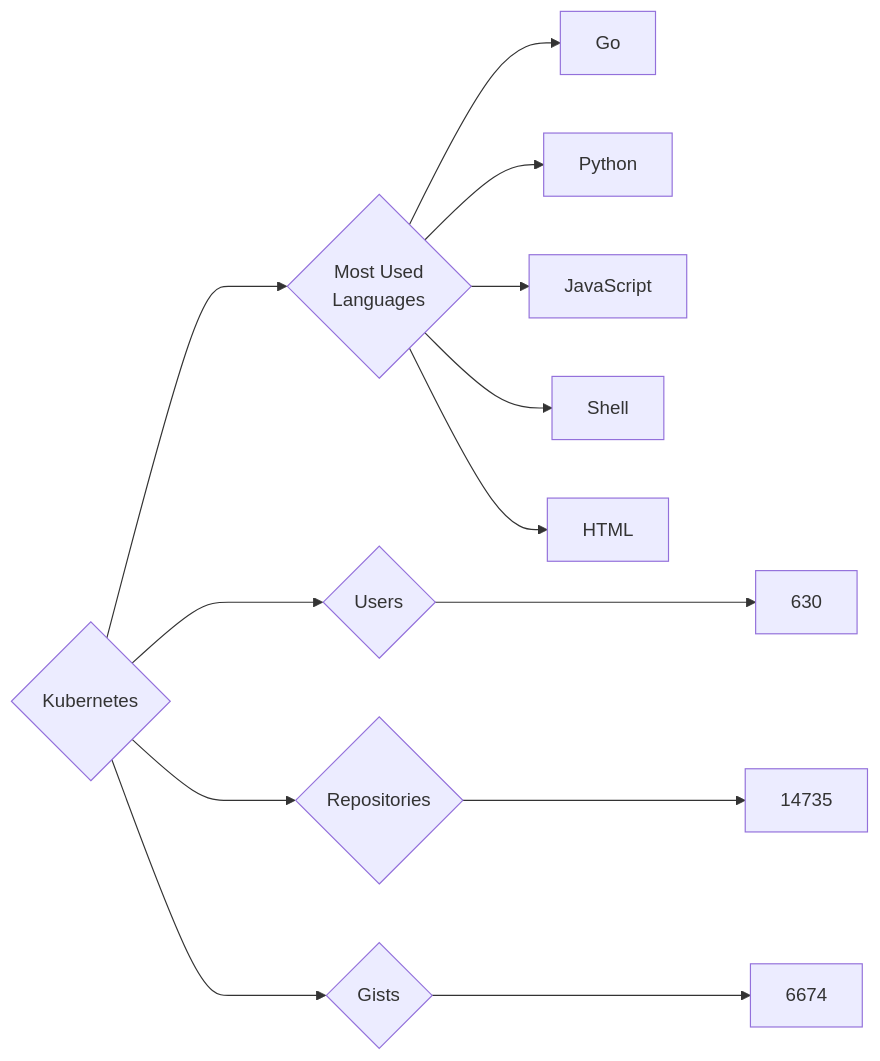
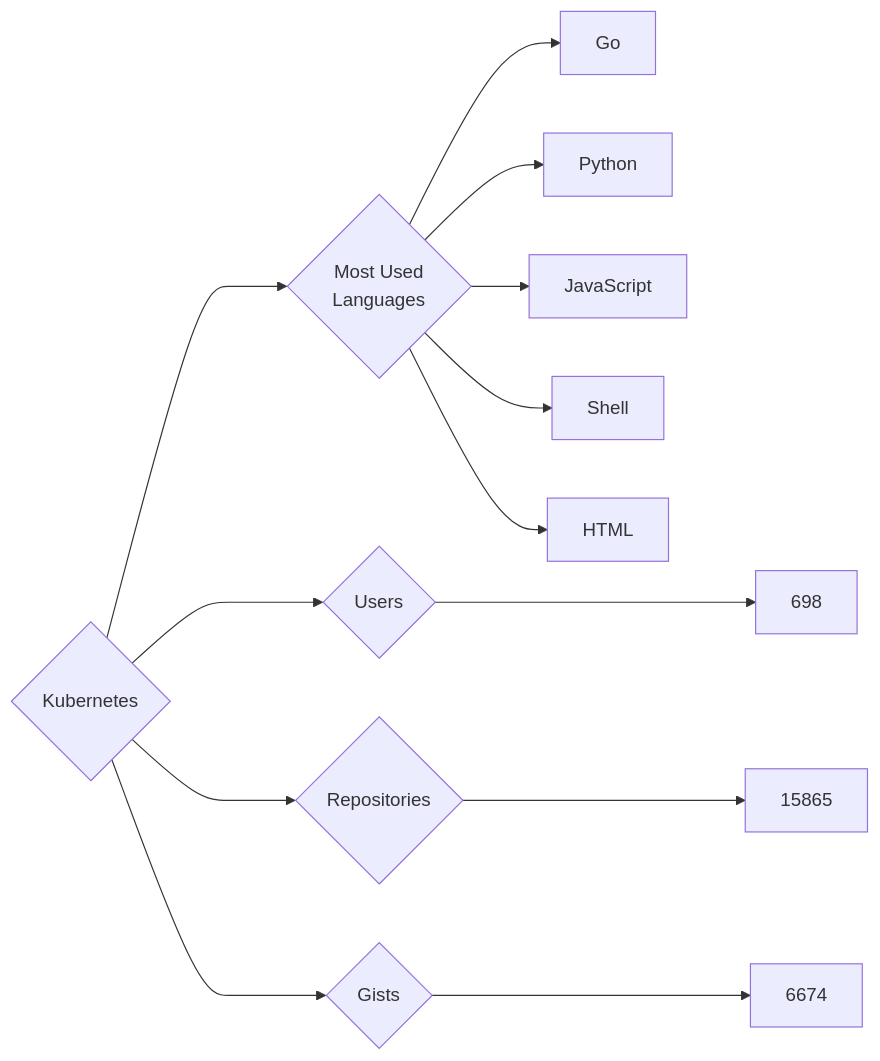
The diagram in targets/Kubernetes/README.md (trickest/insiders), drawn with Mermaid before and after one commit. The commit also changed 749 other files, not shown here.

````diff
--- a/targets/Kubernetes/README.md
+++ b/targets/Kubernetes/README.md
@@ -3,13 +3,13 @@
 ```mermaid
 graph LR
 COMPANY_NAME{Kubernetes}
-COMPANY_NAME ---> U{Users} ---> UN[630]
-COMPANY_NAME ---> R{Repositories} ---> RN[14735]
+COMPANY_NAME ---> U{Users} ---> UN[698]
+COMPANY_NAME ---> R{Repositories} ---> RN[15865]
 COMPANY_NAME ---> G{Gists} ---> GN[6674]
 COMPANY_NAME ---> ML{Most Used<br>Languages}
 ML --> Go[Go]
 ML --> Python[Python]
 ML --> JavaScript[JavaScript]
 ML --> Shell[Shell]
 ML --> HTML[HTML]
 ```
````
